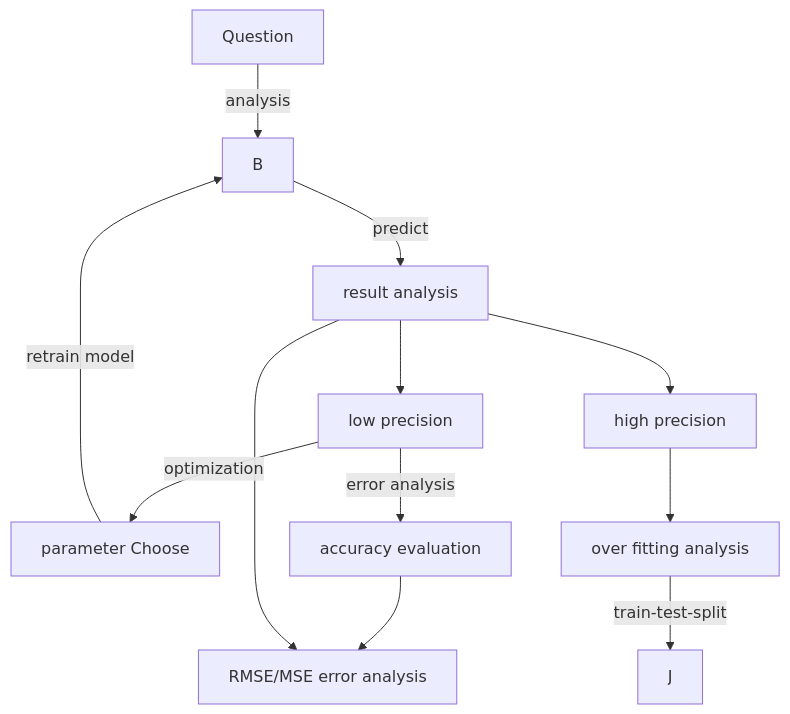
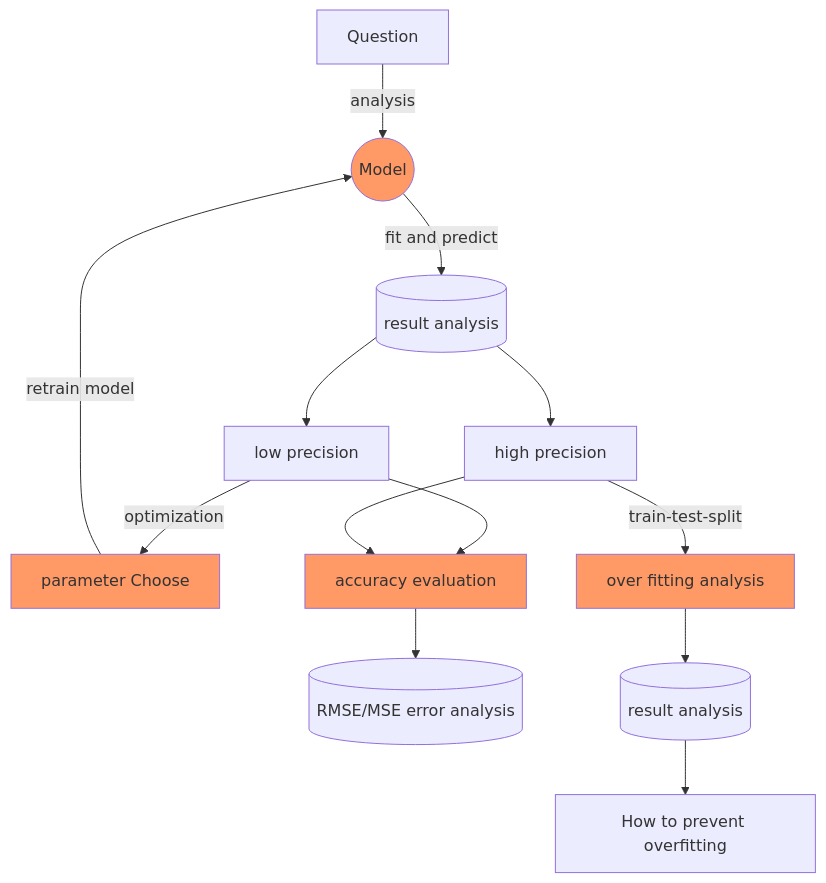
One commit to FRIEDparrot/ClassReview changed the third of 3 diagrams in ClassNotes/Markdown & Latex教程/obsidian教程/Graphic_Practice.md. Above: the diagram before and after it, drawn with Mermaid. The commit also changed other lines of this file and 2 other files, not shown here.

Commit message:
vault backup: 2022-12-11 01:15:23

````diff
--- a/ClassNotes/Markdown & Latex教程/obsidian教程/Graphic_Practice.md
+++ b/ClassNotes/Markdown & Latex教程/obsidian教程/Graphic_Practice.md
@@ -20,17 +20,20 @@
 ```mermaid
 graph TB
 A
-A[Question] --> |analysis|B
-B --> |predict|C[result analysis]
+A[Question] --> |analysis|B((Model))
+B:::someclass --> |fit and predict|C[(result analysis)]
 C --> D[low precision]
 D --> |optimization|E[parameter Choose]
-D --> |error analysis|F[accuracy evaluation]
-F --> H[RMSE/MSE error analysis]
-E --> |retrain model|B
+D --> F[accuracy evaluation]
+F:::someclass --> H[(RMSE/MSE error analysis)]
+E:::someclass --> |retrain model|B
 
 C --> G[high precision]
-C --> H
-G --> I[over fitting analysis]
-I --> |train-test-split| J
+G --> F
 
+G --> |train-test-split|I[over fitting analysis]
+I:::someclass --> J[(result analysis)]
+
+J --> K[How to prevent overfitting]
+classDef someclass fill:#f96;
 ```
````
